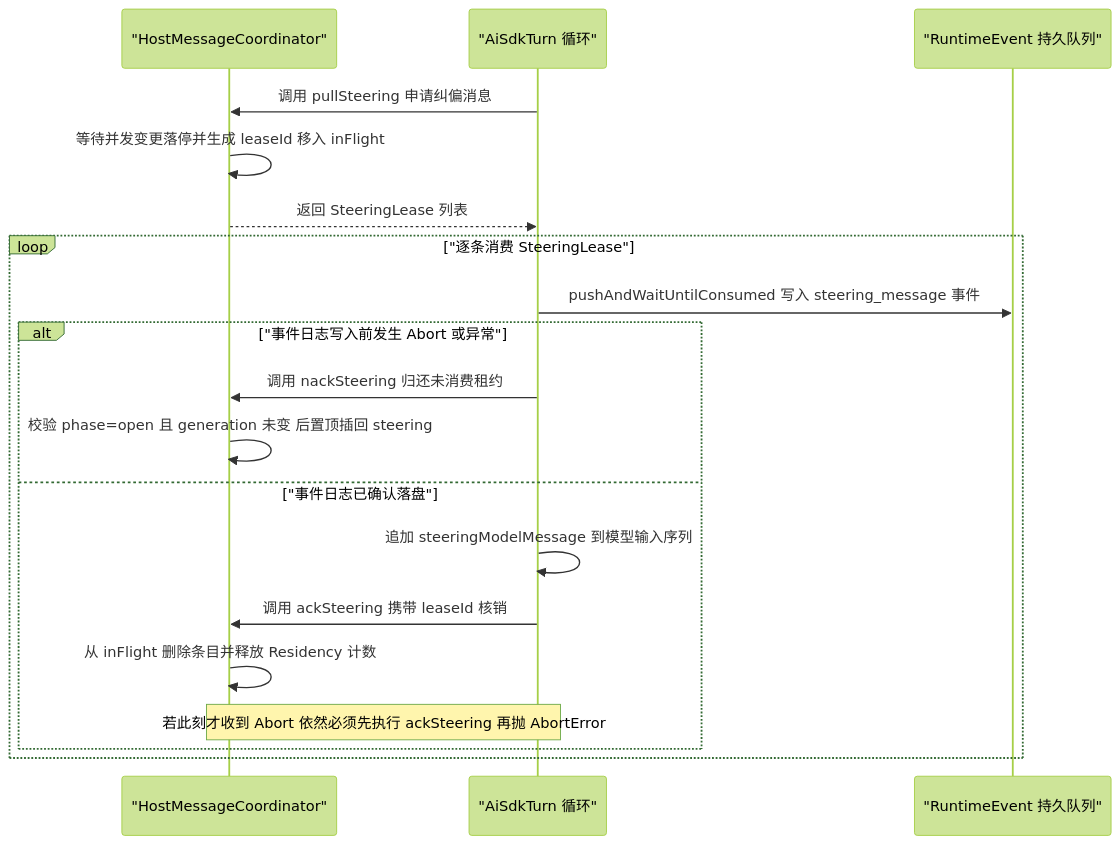
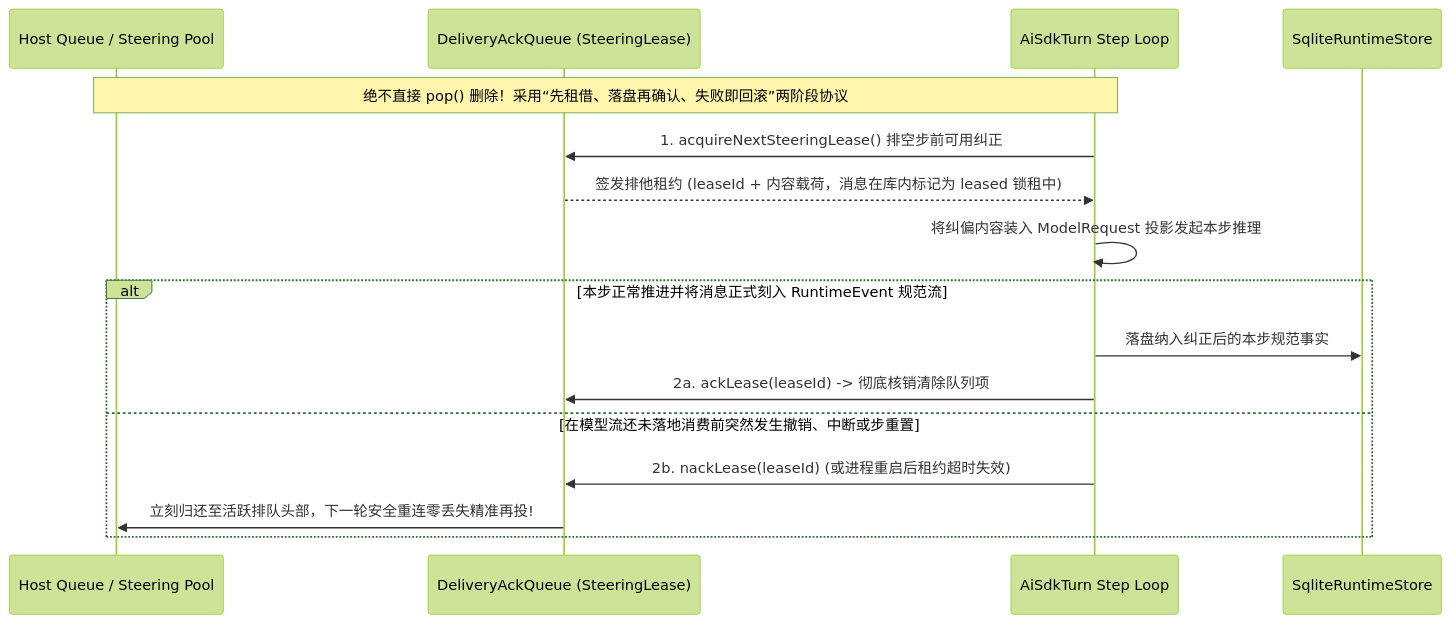
Before and after one commit to suger-m/agent-infrastructure-docs: the diagram in maka-agent-infra/05-coordination/queues-and-admission.md, drawn with Mermaid (forest theme). The commit also changed other lines of this file and 33 other files, not shown here.

Commit message:
docs(ts): overhaul all 32 TS architecture chapters in razor-sharp microkernel style & polish Rust foundations

````diff
--- a/maka-agent-infra/05-coordination/queues-and-admission.md
+++ b/maka-agent-infra/05-coordination/queues-and-admission.md
@@ -126,22 +34,19 @@
 ```mermaid
 sequenceDiagram
-    participant Host as "HostMessageCoordinator"
-    participant Turn as "AiSdkTurn 循环"
-    participant EventLog as "RuntimeEvent 持久队列"
+    participant Gate as Host Queue / Steering Pool
+    participant Lease as DeliveryAckQueue (SteeringLease)
+    participant Turn as AiSdkTurn Step Loop
+    participant Store as SqliteRuntimeStore
 
-    Turn->>Host: 调用 pullSteering 申请纠偏消息
-    Host->>Host: 等待并发变更落停并生成 leaseId 移入 inFlight
-    Host-->>Turn: 返回 SteeringLease 列表
-    loop "逐条消费 SteeringLease"
-        Turn->>EventLog: pushAndWaitUntilConsumed 写入 steering_message 事件
-        alt "事件日志写入前发生 Abort 或异常"
-            Turn->>Host: 调用 nackSteering 归还未消费租约
-            Host->>Host: 校验 phase=open 且 generation 未变 后置顶插回 steering
-        else "事件日志已确认落盘"
-            Turn->>Turn: 追加 steeringModelMessage 到模型输入序列
-            Turn->>Host: 调用 ackSteering 携带 leaseId 核销
-            Host->>Host: 从 inFlight 删除条目并释放 Residency 计数
-            Note over Turn,Host: 若此刻才收到 Abort 依然必须先执行 ackSteering 再抛 AbortError
-        end
+    Note over Gate,Turn: 绝不直接 pop() 删除！采用“先租借、落盘再确认、失败即回滚”两阶段协议
+    Turn->>Lease: 1. acquireNextSteeringLease() 排空步前可用纠正
+    Lease-->>Turn: 签发排他租约 (leaseId + 内容载荷，消息在库内标记为 leased 锁租中)
+    Turn->>Turn: 将纠偏内容装入 ModelRequest 投影发起本步推理
+    alt 本步正常推进并将消息正式刻入 RuntimeEvent 规范流
+        Turn->>Store: 落盘纳入纠正后的本步规范事实
+        Turn->>Lease: 2a. ackLease(leaseId) -> 彻底核销清除队列项
+    else 在模型流还未落地消费前突然发生撤销、中断或步重置
+        Turn->>Lease: 2b. nackLease(leaseId) (或进程重启后租约超时失效)
+        Lease->>Gate: 立刻归还至活跃排队头部，下一轮安全重连零丢失精准再投!
     end
 ```
````
